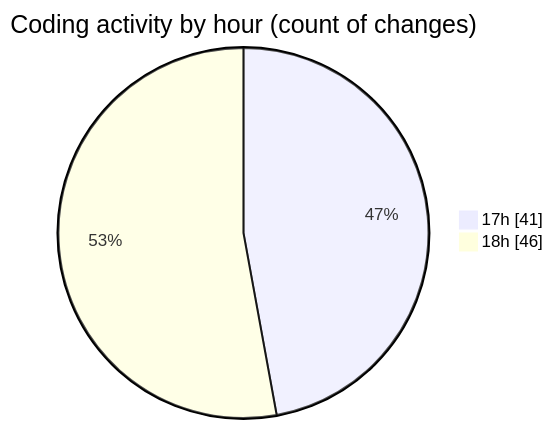
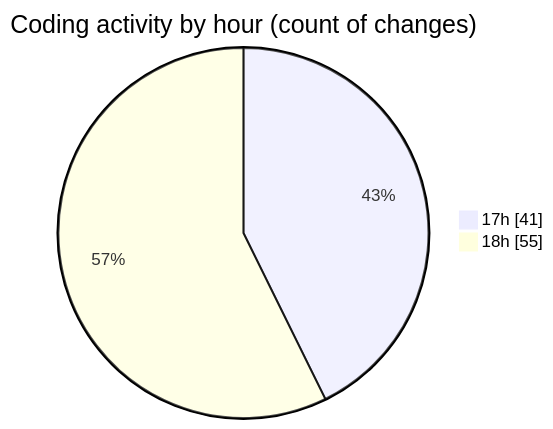
Before and after one commit to momahboobian/code-tracking: the second of 2 diagrams in 2025-03-20/cda/README.md, drawn with Mermaid. The commit also changed other lines of this file and 1 other file, not shown here.

````diff
--- a/2025-03-20/cda/README.md
+++ b/2025-03-20/cda/README.md
@@ -32,6 +32,6 @@
 ```mermaid
 pie showData
 title Coding activity by hour (count of changes)
 "17h" : 41
-"18h" : 46
+"18h" : 55
 ```
````
